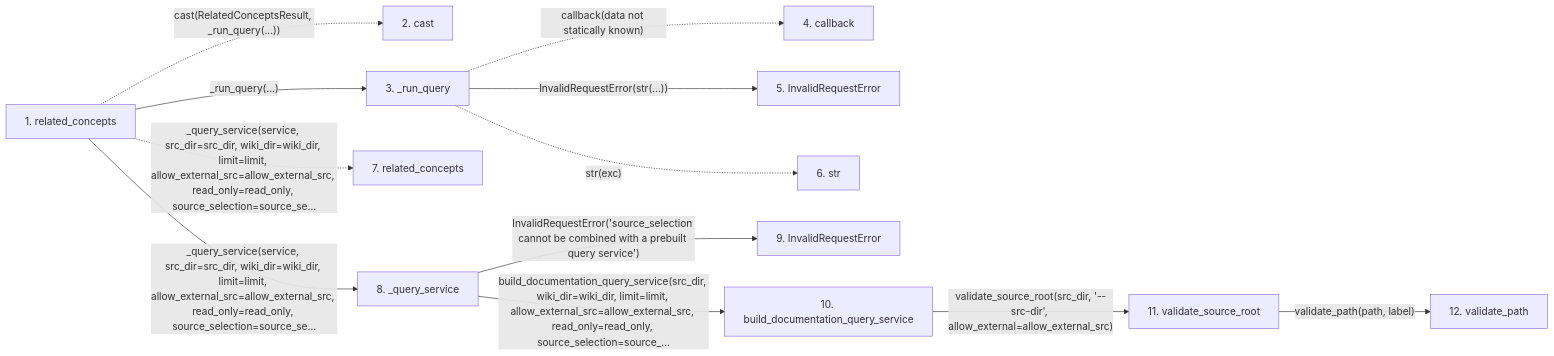
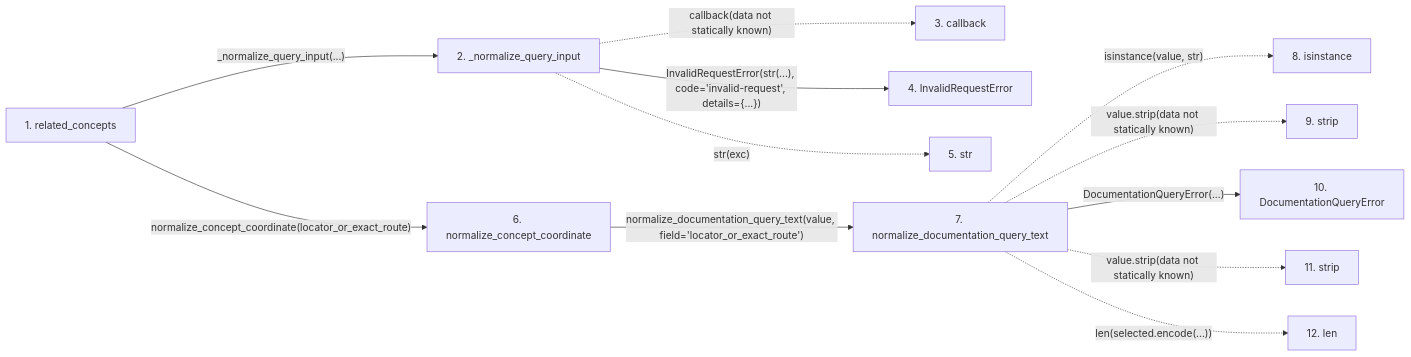
The second of 2 diagrams in docs/llm_wiki/flows/api-related_concepts.md (Denissvgn/python-wiki-llm), drawn with Mermaid before and after one commit. The commit also changed other lines of this file and 364 other files, not shown here.

````diff
--- a/docs/llm_wiki/flows/api-related_concepts.md
+++ b/docs/llm_wiki/flows/api-related_concepts.md
@@ -85,34 +84,32 @@
 ```mermaid
 flowchart LR
     s1["1. related_concepts"]
-    s2["2. cast"]
-    s3["3. _run_query"]
-    s4["4. callback"]
-    s5["5. InvalidRequestError"]
-    s6["6. str"]
-    s7["7. related_concepts"]
-    s8["8. _query_service"]
-    s9["9. InvalidRequestError"]
-    s10["10. build_documentation_query_service"]
-    s11["11. validate_source_root"]
-    s12["12. validate_path"]
-    s1 -. "cast(RelatedConceptsResult, _run_query(...))" .-> s2
-    s1 -->|"_run_query(...)"| s3
-    s3 -. "callback(data not statically known)" .-> s4
-    s3 -->|"InvalidRequestError(str(...))"| s5
-    s3 -. "str(exc)" .-> s6
-    s1 -. "_query_service(service, src_dir=src_dir, wiki_dir=wiki_dir, limit=limit, allow_external_src=allow_external_src, read_only=read_only, source_selection=source_se…" .-> s7
-    s1 -->|"_query_service(service, src_dir=src_dir, wiki_dir=wiki_dir, limit=limit, allow_external_src=allow_external_src, read_only=read_only, source_selection=source_se…"| s8
-    s8 -->|"InvalidRequestError('source_selection cannot be combined with a prebuilt query service')"| s9
-    s8 -->|"build_documentation_query_service(src_dir, wiki_dir=wiki_dir, limit=limit, allow_external_src=allow_external_src, read_only=read_only, source_selection=source_…"| s10
-    s10 -->|"validate_source_root(src_dir, '--src-dir', allow_external=allow_external_src)"| s11
-    s11 -->|"validate_path(path, label)"| s12
+    s2["2. _normalize_query_input"]
+    s3["3. callback"]
+    s4["4. InvalidRequestError"]
+    s5["5. str"]
+    s6["6. normalize_concept_coordinate"]
+    s7["7. normalize_documentation_query_text"]
+    s8["8. isinstance"]
+    s9["9. strip"]
+    s10["10. DocumentationQueryError"]
+    s11["11. strip"]
+    s12["12. len"]
+    s1 -->|"_normalize_query_input(...)"| s2
+    s2 -. "callback(data not statically known)" .-> s3
+    s2 -->|"InvalidRequestError(str(...), code='invalid-request', details={...})"| s4
+    s2 -. "str(exc)" .-> s5
+    s1 -->|"normalize_concept_coordinate(locator_or_exact_route)"| s6
+    s6 -->|"normalize_documentation_query_text(value, field='locator_or_exact_route')"| s7
+    s7 -. "isinstance(value, str)" .-> s8
+    s7 -. "value.strip(data not statically known)" .-> s9
+    s7 -->|"DocumentationQueryError(...)"| s10
+    s7 -. "value.strip(data not statically known)" .-> s11
+    s7 -. "len(selected.encode(...))" .-> s12
     click s1 "../modules/api.md"
-    click s3 "../modules/api.md"
-    click s5 "../modules/api.md"
-    click s8 "../modules/api.md"
-    click s9 "../modules/api.md"
-    click s10 "../modules/api.md"
-    click s11 "../modules/config.md"
-    click s12 "../modules/config.md"
+    click s2 "../modules/api.md"
+    click s4 "../modules/api.md"
+    click s6 "../modules/documentation_query_builder.md"
+    click s7 "../modules/documentation_query_builder.md"
+    click s10 "../modules/documentation_queries.md"
 ```
````
